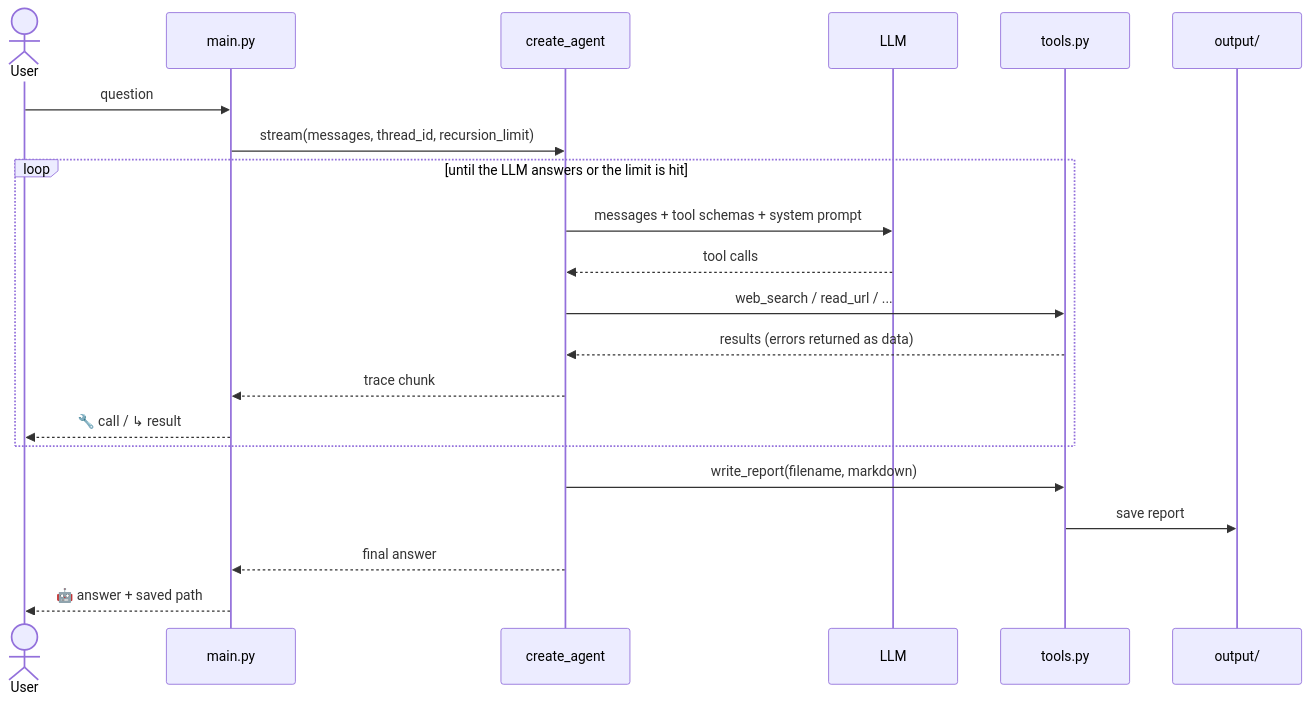
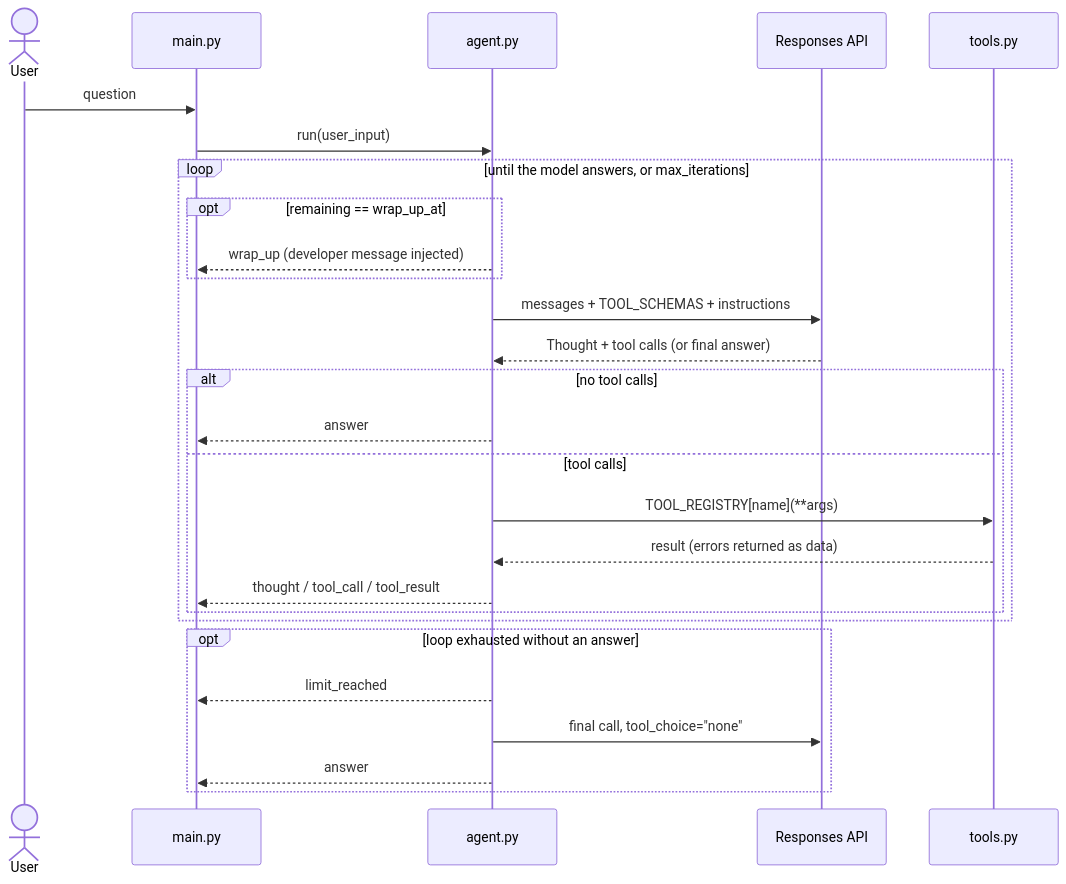
Before and after one commit to stingrigs/multiagent-playground: the diagram in research-agent/README.md, drawn with Mermaid. The commit also changed other lines of this file and 8 other files, not shown here.

````diff
--- a/research-agent/README.md
+++ b/research-agent/README.md
@@ -48,26 +48,31 @@
 ```mermaid
 sequenceDiagram
     actor User
     participant REPL as main.py
-    participant Agent as create_agent
-    participant LLM
+    participant Agent as agent.py
+    participant LLM as Responses API
     participant Tools as tools.py
-    participant FS as output/
 
     User->>REPL: question
-    REPL->>Agent: stream(messages, thread_id, recursion_limit)
+    REPL->>Agent: run(user_input)
 
-    loop until the LLM answers or the limit is hit
-        Agent->>LLM: messages + tool schemas + system prompt
-        LLM-->>Agent: tool calls
-        Agent->>Tools: web_search / read_url / ...
-        Tools-->>Agent: results (errors returned as data)
-        Agent-->>REPL: trace chunk
-        REPL-->>User: 🔧 call / ↳ result
+    loop until the model answers, or max_iterations
+        opt remaining == wrap_up_at
+            Agent-->>REPL: wrap_up (developer message injected)
+        end
+        Agent->>LLM: messages + TOOL_SCHEMAS + instructions
+        LLM-->>Agent: Thought + tool calls (or final answer)
+        alt no tool calls
+            Agent-->>REPL: answer
+        else tool calls
+            Agent->>Tools: TOOL_REGISTRY[name](**args)
+            Tools-->>Agent: result (errors returned as data)
+            Agent-->>REPL: thought / tool_call / tool_result
+        end
     end
-
-    Agent->>Tools: write_report(filename, markdown)
-    Tools->>FS: save report
-    Agent-->>REPL: final answer
-    REPL-->>User: 🤖 answer + saved path
+    opt loop exhausted without an answer
+        Agent-->>REPL: limit_reached
+        Agent->>LLM: final call, tool_choice="none"
+        Agent-->>REPL: answer
+    end
 ```
````
